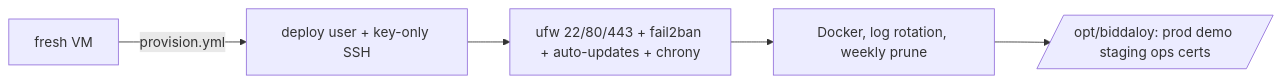
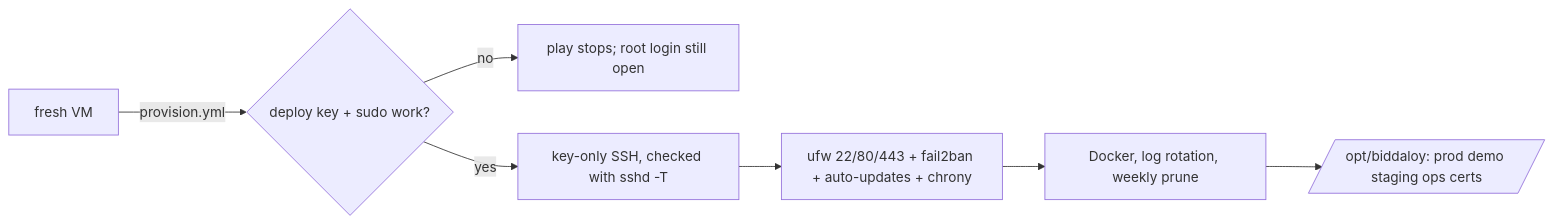
The diagram in infra/ansible/README.md (tareq89/biddaloy), drawn with Mermaid before and after one commit. The commit also changed other lines of this file and 19 other files, not shown here.

First line of the commit message:
fix(ops): address PR #2740 review - SSH hardening, lockout probe, owner model, tracked-files guard, key handling docs

````diff
--- a/infra/ansible/README.md
+++ b/infra/ansible/README.md
@@ -5,7 +5,9 @@
 ```mermaid
 flowchart LR
-  A[fresh VM] -->|provision.yml| B[deploy user + key-only SSH]
+  A[fresh VM] -->|provision.yml| P{deploy key + sudo work?}
+  P -- no --> X[play stops; root login still open]
+  P -- yes --> B[key-only SSH, checked with sshd -T]
   B --> C[ufw 22/80/443 + fail2ban + auto-updates + chrony]
   C --> D[Docker, log rotation, weekly prune]
   D --> E[/opt/biddaloy: prod demo staging ops certs/]
 ```
````
